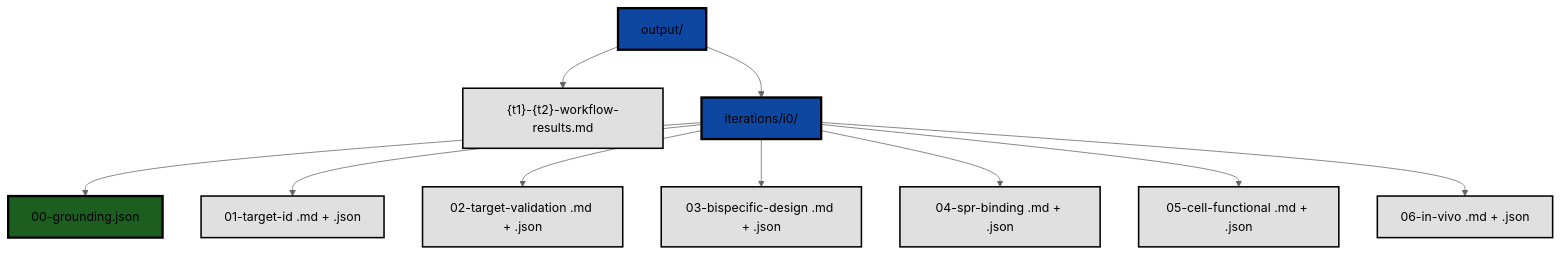
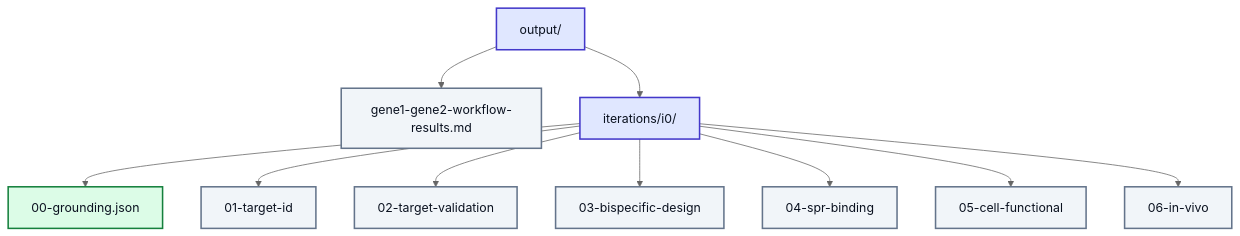
Before and after one commit to peterydkim/drug-discovery-bispecific-agents: the third of 3 diagrams in README.md, drawn with Mermaid (neutral theme). The commit also changed other lines of this file and 1 other file, not shown here.

````diff
--- a/README.md
+++ b/README.md
@@ -193,19 +198,19 @@
 ```mermaid
 graph TD
-    ROOT["output/"] --> FINAL["{t1}-{t2}-workflow-results.md"]
+    ROOT["output/"] --> FINAL["gene1-gene2-workflow-results.md"]
     ROOT --> ITER["iterations/i0/"]
     ITER --> G["00-grounding.json"]
-    ITER --> A1["01-target-id .md + .json"]
-    ITER --> A2["02-target-validation .md + .json"]
-    ITER --> A3["03-bispecific-design .md + .json"]
-    ITER --> A4["04-spr-binding .md + .json"]
-    ITER --> A5["05-cell-functional .md + .json"]
-    ITER --> A6["06-in-vivo .md + .json"]
+    ITER --> A1["01-target-id"]
+    ITER --> A2["02-target-validation"]
+    ITER --> A3["03-bispecific-design"]
+    ITER --> A4["04-spr-binding"]
+    ITER --> A5["05-cell-functional"]
+    ITER --> A6["06-in-vivo"]
 
-    classDef dir fill:#0D47A1,stroke:#000000,stroke-width:3px,color:#000000
-    classDef file fill:#E0E0E0,stroke:#000000,stroke-width:2px,color:#000000
-    classDef ground fill:#1B5E20,stroke:#000000,stroke-width:3px,color:#000000
+    classDef dir fill:#E0E7FF,stroke:#4338CA,stroke-width:2px,color:#0B1220
+    classDef file fill:#F1F5F9,stroke:#64748B,stroke-width:2px,color:#0B1220
+    classDef ground fill:#DCFCE7,stroke:#15803D,stroke-width:2px,color:#0B1220
     class ROOT,ITER dir
     class FINAL,A1,A2,A3,A4,A5,A6 file
     class G ground
 ```
````
